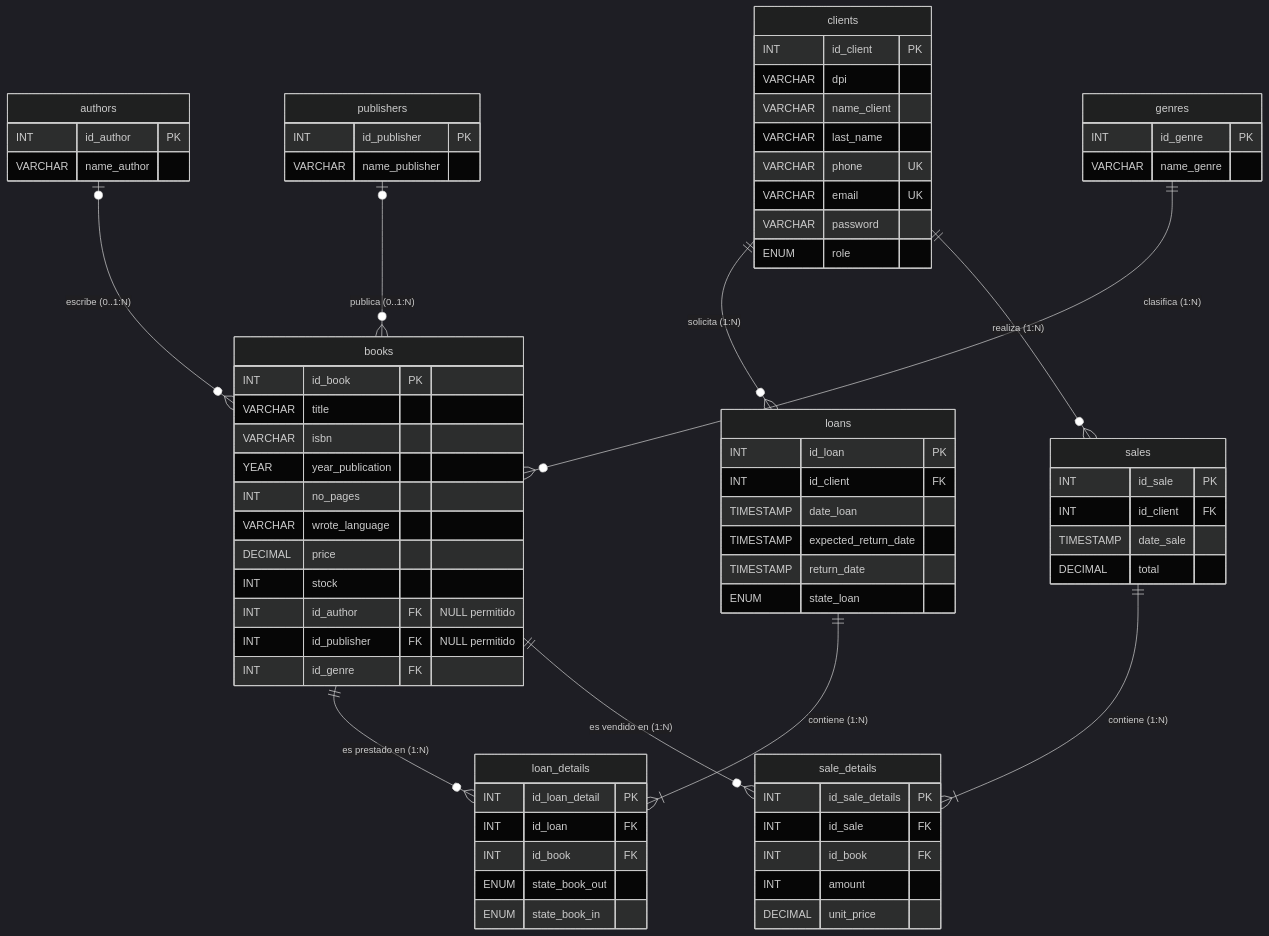
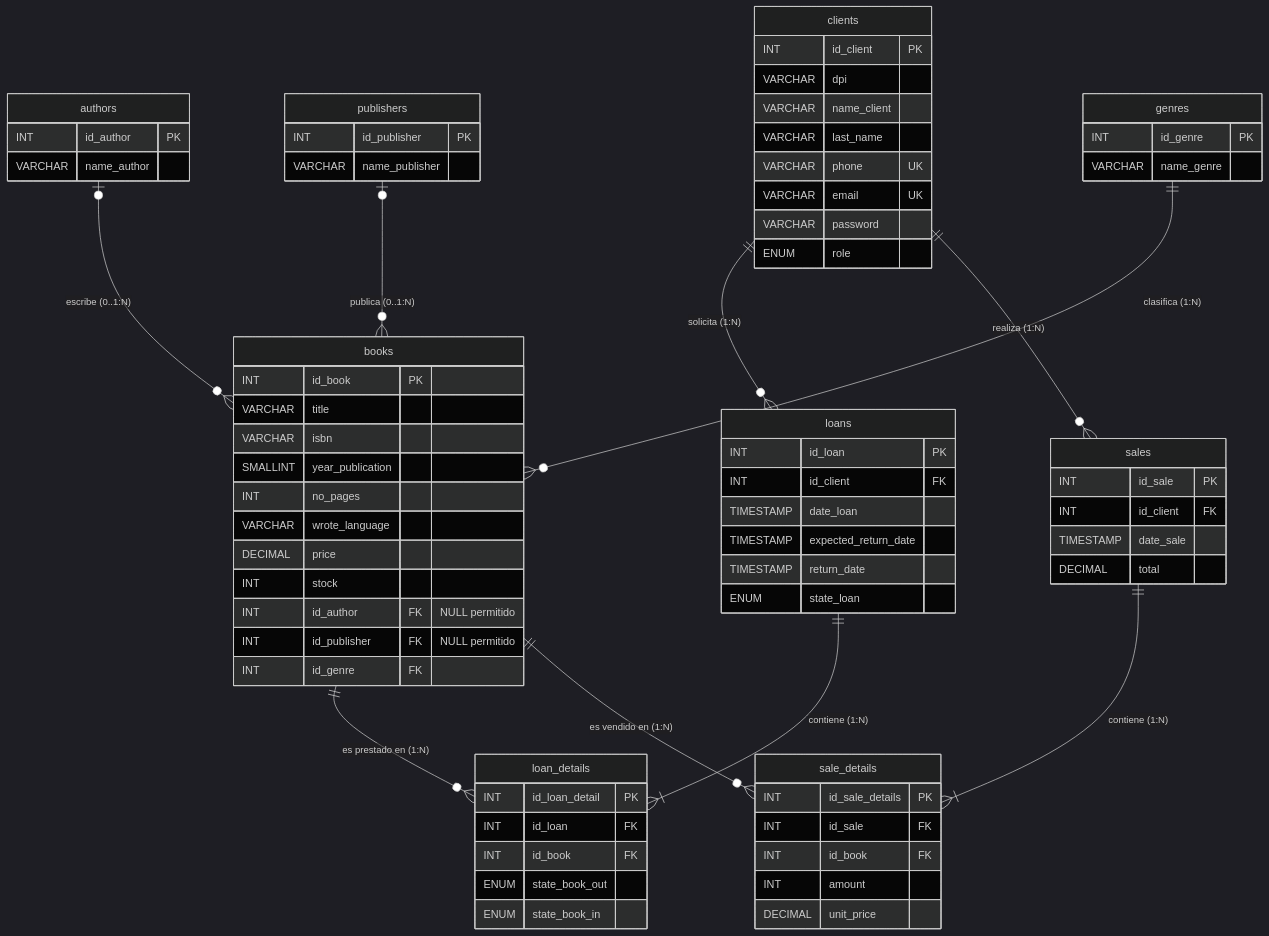
Before and after one commit to Anderson-Oloroso/minerva-lib: the diagram in database/README.md, drawn with Mermaid (dark theme). The commit also changed other lines of this file and 2 other files, not shown here.

```diff
--- a/database/README.md
+++ b/database/README.md
@@ -53,7 +53,7 @@
         INT id_book PK
         VARCHAR title
         VARCHAR isbn
-        YEAR year_publication
+        SMALLINT year_publication
         INT no_pages
         VARCHAR wrote_language
         DECIMAL price
```
